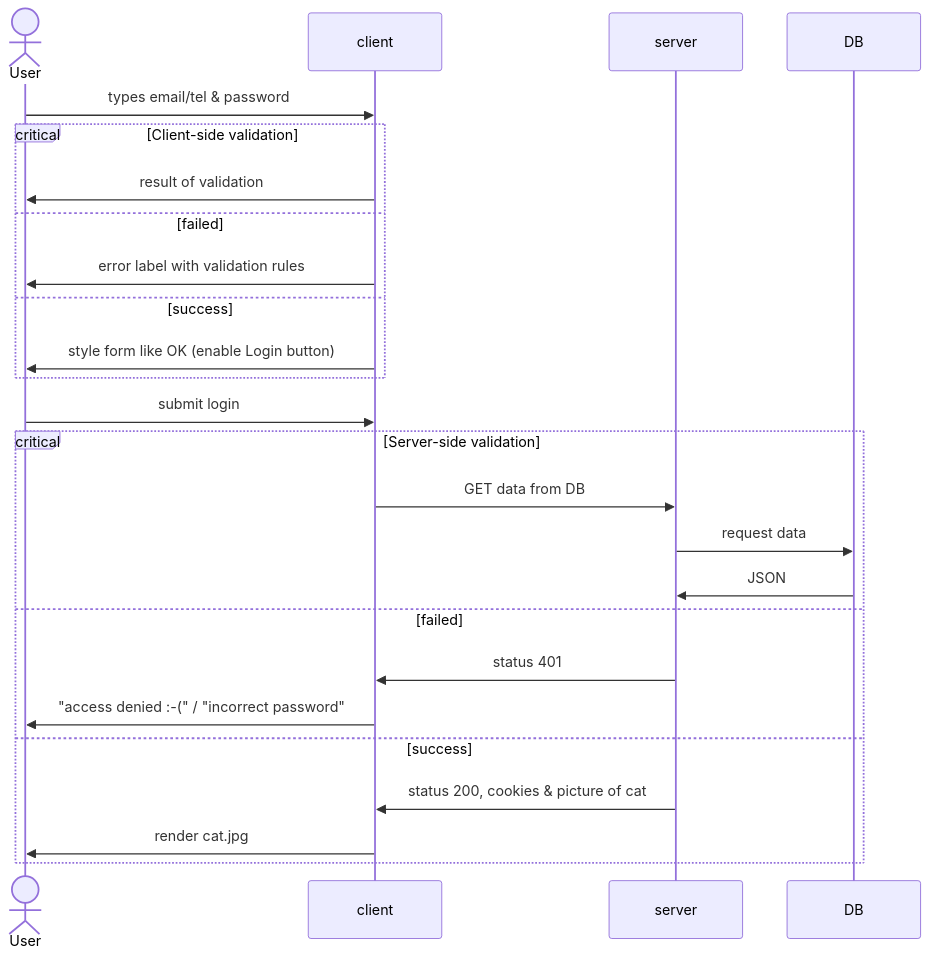
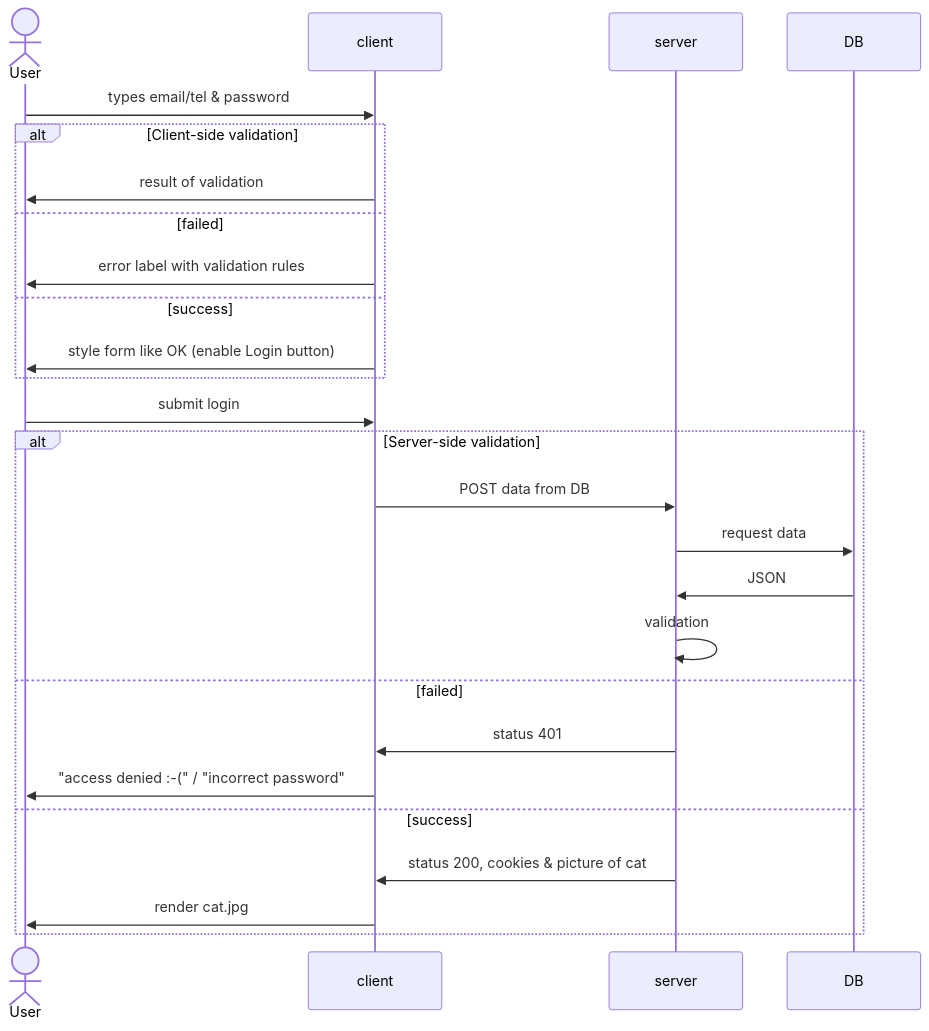
One commit to PoliGanina/ganina_rmr_hw_server changed the diagram in mermaid.md. Above: the diagram before and after it, drawn with Mermaid.

Commit message:
updated diagram v2

````diff
--- a/mermaid.md
+++ b/mermaid.md
@@ -1,33 +1,34 @@
 ```mermaid
 sequenceDiagram
     %%https://mermaid-js.github.io/mermaid/#/sequenceDiagram
     actor User
     participant client
     participant server
     participant DB
 
     User->>client: types email/tel & password 
 
-    critical Client-side validation
+    alt Client-side validation
         client->>User: result of validation
-    option failed
+    else failed
         client->>User: error label with validation rules
-    option success
+    else success
         client->>User: style form like OK (enable Login button)
     end
 
     User->>client: submit login
 
-    critical Server-side validation
-        client->>server: GET data from DB
+    alt Server-side validation
+        client->>server: POST data from DB
         server->>DB: request data 
         DB->>server: JSON
-    option failed
+        server->>server: validation
+    else failed
         server->>client: status 401
         client->>User: "access denied :-(" / "incorrect password"
-    option success
+    else success
         server->>client: status 200, cookies & picture of cat
         client->>User: render cat.jpg
     end
 
 ```
````
